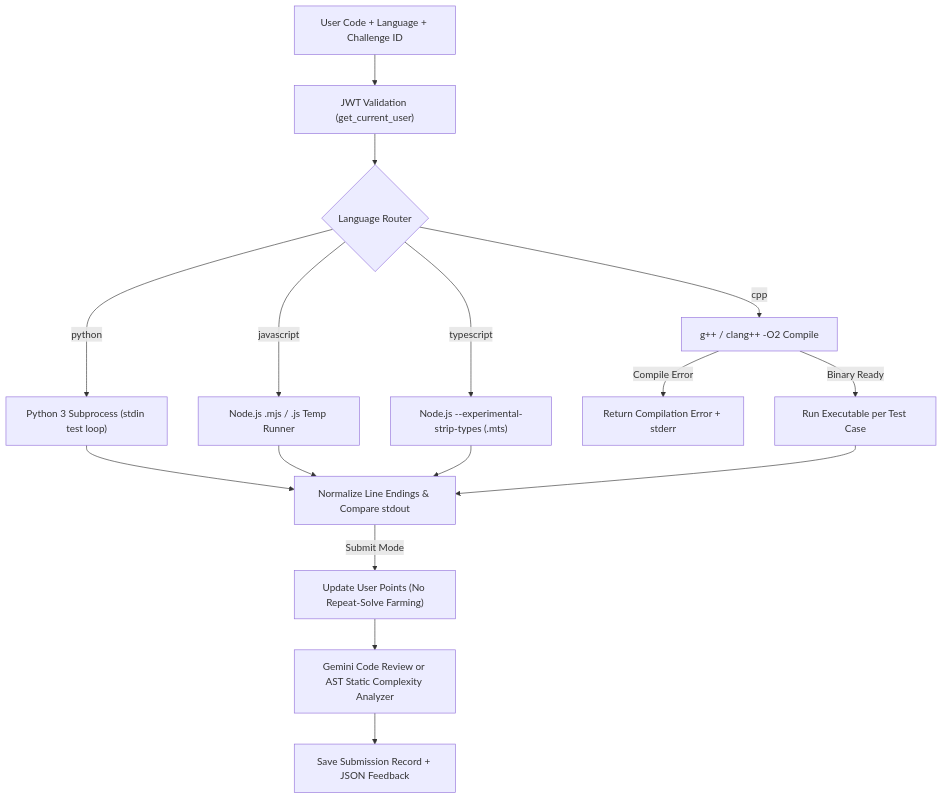
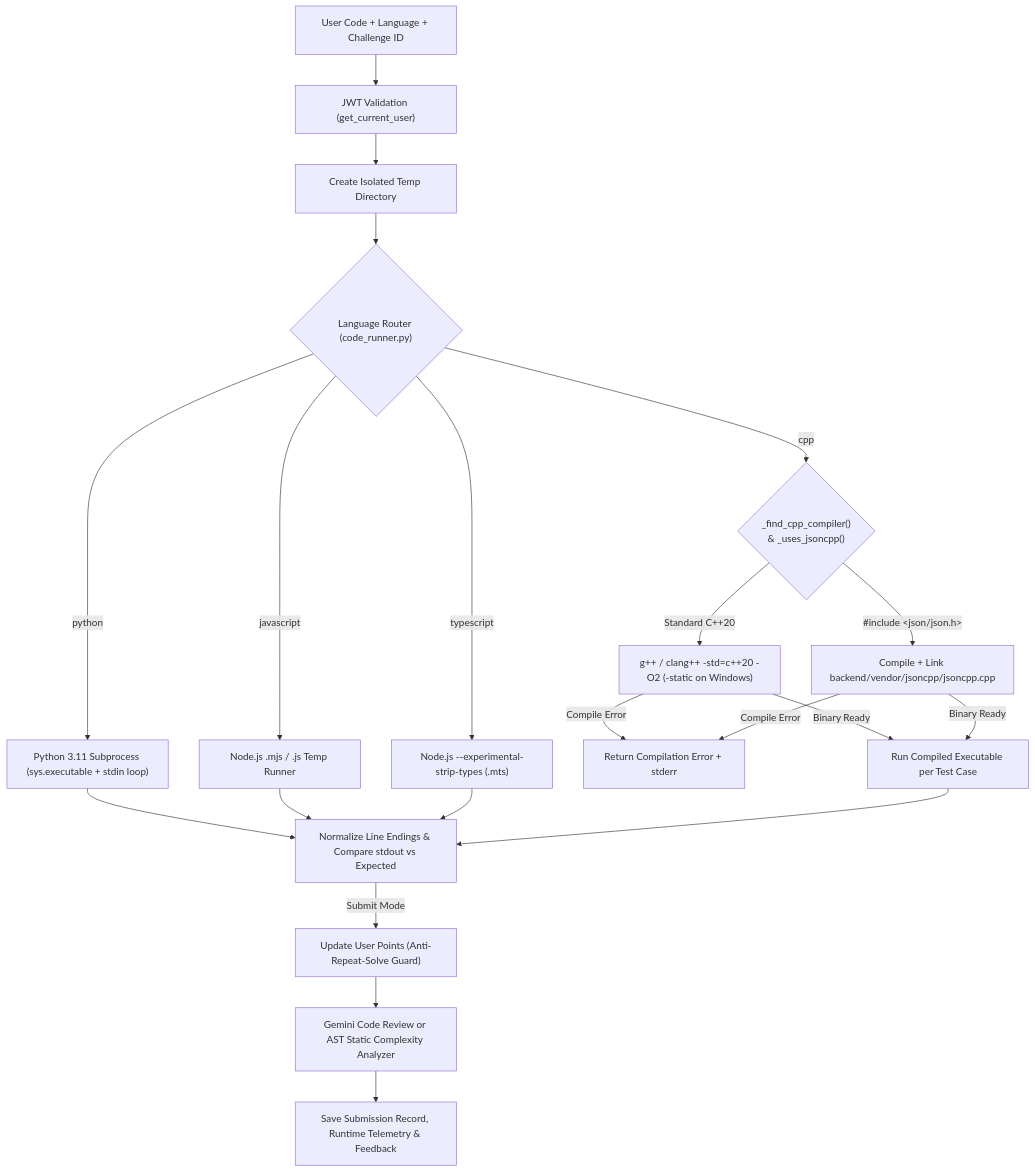
Before and after one commit to Ranjeet7680/AI-Powered-Coding-Challenge-Developer-Assessment-Platform: the first of 3 diagrams in wiki/Challenge-Bank-and-Execution.md, drawn with Mermaid. The commit also changed other lines of this file and 3 other files, not shown here.

Commit message:
docs(wiki): add 3 upgraded diagrams and JsonCpp execution wireframe to Challenge-Bank-and-Execution

````diff
--- a/wiki/Challenge-Bank-and-Execution.md
+++ b/wiki/Challenge-Bank-and-Execution.md
@@ -38,18 +44,22 @@
 ```mermaid
 flowchart TD
   Submit["User Code + Language + Challenge ID"] --> AuthCheck["JWT Validation (get_current_user)"]
-  AuthCheck --> LangSwitch{"Language Router"}
+  AuthCheck --> TempDir["Create Isolated Temp Directory"]
+  TempDir --> LangSwitch{"Language Router (code_runner.py)"}
 
-  LangSwitch -->|"python"| PyExec["Python 3 Subprocess (stdin test loop)"]
+  LangSwitch -->|"python"| PyExec["Python 3.11 Subprocess (sys.executable + stdin loop)"]
   LangSwitch -->|"javascript"| JsExec["Node.js .mjs / .js Temp Runner"]
   LangSwitch -->|"typescript"| TsExec["Node.js --experimental-strip-types (.mts)"]
-  LangSwitch -->|"cpp"| CppCompile["g++ / clang++ -O2 Compile"]
+  LangSwitch -->|"cpp"| CppDetect{"_find_cpp_compiler()<br/>&amp; _uses_jsoncpp()"}
 
-  CppCompile -->|"Compile Error"| CompileFail["Return Compilation Error + stderr"]
-  CppCompile -->|"Binary Ready"| CppRun["Run Executable per Test Case"]
+  CppDetect -->|"Standard C++20"| CppStd["g++ / clang++ -std=c++20 -O2 (-static on Windows)"]
+  CppDetect -->|"#include &lt;json/json.h&gt;"| CppJson["Compile + Link backend/vendor/jsoncpp/jsoncpp.cpp"]
 
-  PyExec & JsExec & TsExec & CppRun --> Compare["Normalize Line Endings & Compare stdout"]
-  Compare -->|"Submit Mode"| Points["Update User Points (No Repeat-Solve Farming)"]
+  CppStd & CppJson -->|"Compile Error"| CompileFail["Return Compilation Error + stderr"]
+  CppStd & CppJson -->|"Binary Ready"| CppRun["Run Compiled Executable per Test Case"]
+
+  PyExec & JsExec & TsExec & CppRun --> Compare["Normalize Line Endings &amp; Compare stdout vs Expected"]
+  Compare -->|"Submit Mode"| Points["Update User Points (Anti-Repeat-Solve Guard)"]
   Points --> AIReview["Gemini Code Review or AST Static Complexity Analyzer"]
-  AIReview --> Persist["Save Submission Record + JSON Feedback"]
+  AIReview --> Persist["Save Submission Record, Runtime Telemetry &amp; Feedback"]
 ```
````
